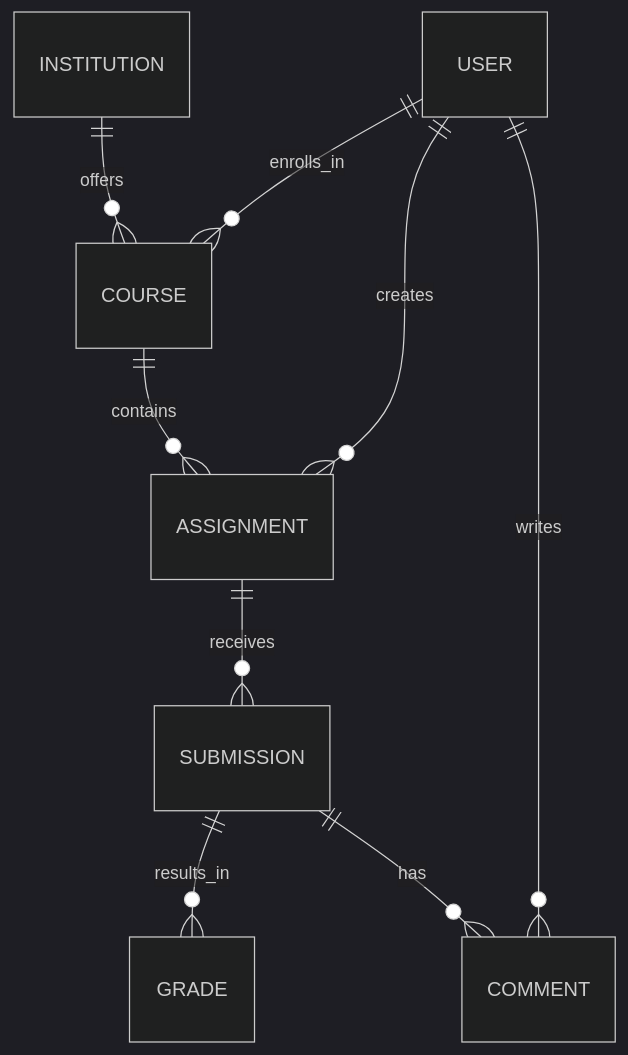
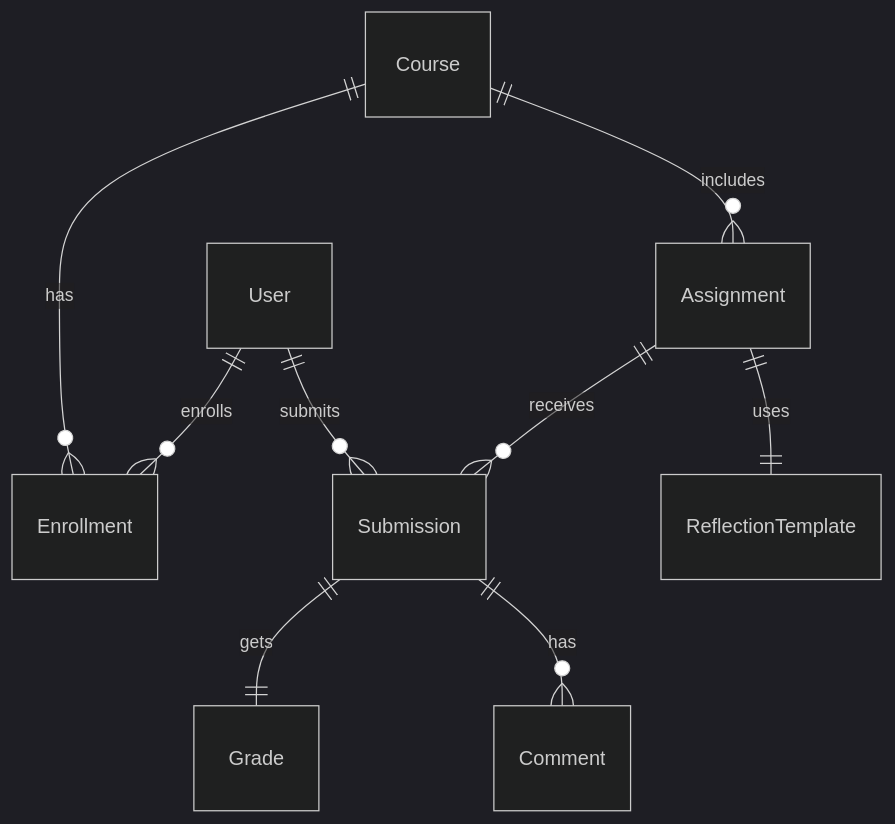
One commit to UD-CISC474-F25/individual-project-starter changed the second of 2 diagrams in apps/docs/public/planning.md. Above: the diagram before and after it, drawn with Mermaid (dark theme). The commit also changed other lines of this file and 9 other files, not shown here.

````diff
--- a/apps/docs/public/planning.md
+++ b/apps/docs/public/planning.md
@@ -87,11 +205,11 @@
-```mermaid
-erDiagram
-    INSTITUTION ||--o{ COURSE : offers
-    COURSE ||--o{ ASSIGNMENT : contains
-    USER ||--o{ COURSE : enrolls_in
-    USER ||--o{ ASSIGNMENT : creates
-    ASSIGNMENT ||--o{ SUBMISSION : receives
-    SUBMISSION ||--o{ GRADE : results_in
-    SUBMISSION ||--o{ COMMENT : has
-    USER ||--o{ COMMENT : writes
-```
+     ```mermaid
+     erDiagram
+       User ||--o{ Enrollment : enrolls
+       Course ||--o{ Enrollment : has
+       Course ||--o{ Assignment : includes
+       Assignment ||--o{ Submission : receives
+       Submission ||--|| Grade : gets
+       Submission ||--o{ Comment : has
+       Assignment ||--|| ReflectionTemplate : uses
+       User ||--o{ Submission : submits
+     ```
````
